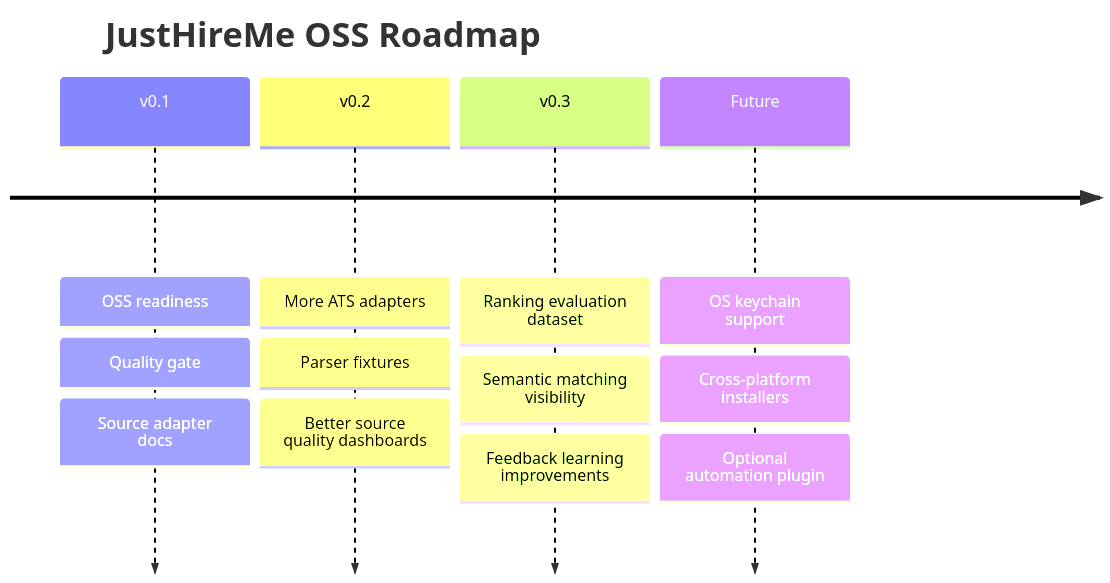
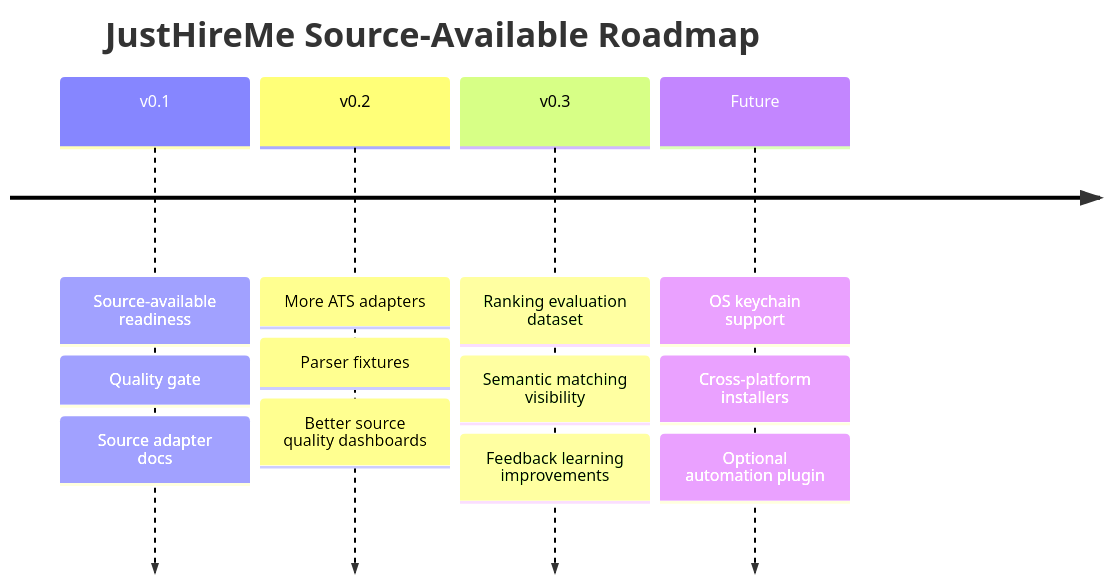
Before and after one commit to ellipszist/justhireme: the sixth of 6 diagrams in README.md, drawn with Mermaid. The commit also changed other lines of this file and 254 other files, not shown here.

````diff
--- a/README.md
+++ b/README.md
@@ -573,16 +573,16 @@
 ```mermaid
 timeline
-    title JustHireMe OSS Roadmap
-    v0.1 : OSS readiness
+    title JustHireMe Source-Available Roadmap
+    v0.1 : Source-available readiness
          : Quality gate
          : Source adapter docs
     v0.2 : More ATS adapters
          : Parser fixtures
          : Better source quality dashboards
     v0.3 : Ranking evaluation dataset
          : Semantic matching visibility
          : Feedback learning improvements
     Future : OS keychain support
            : Cross-platform installers
            : Optional automation plugin
 ```
````
